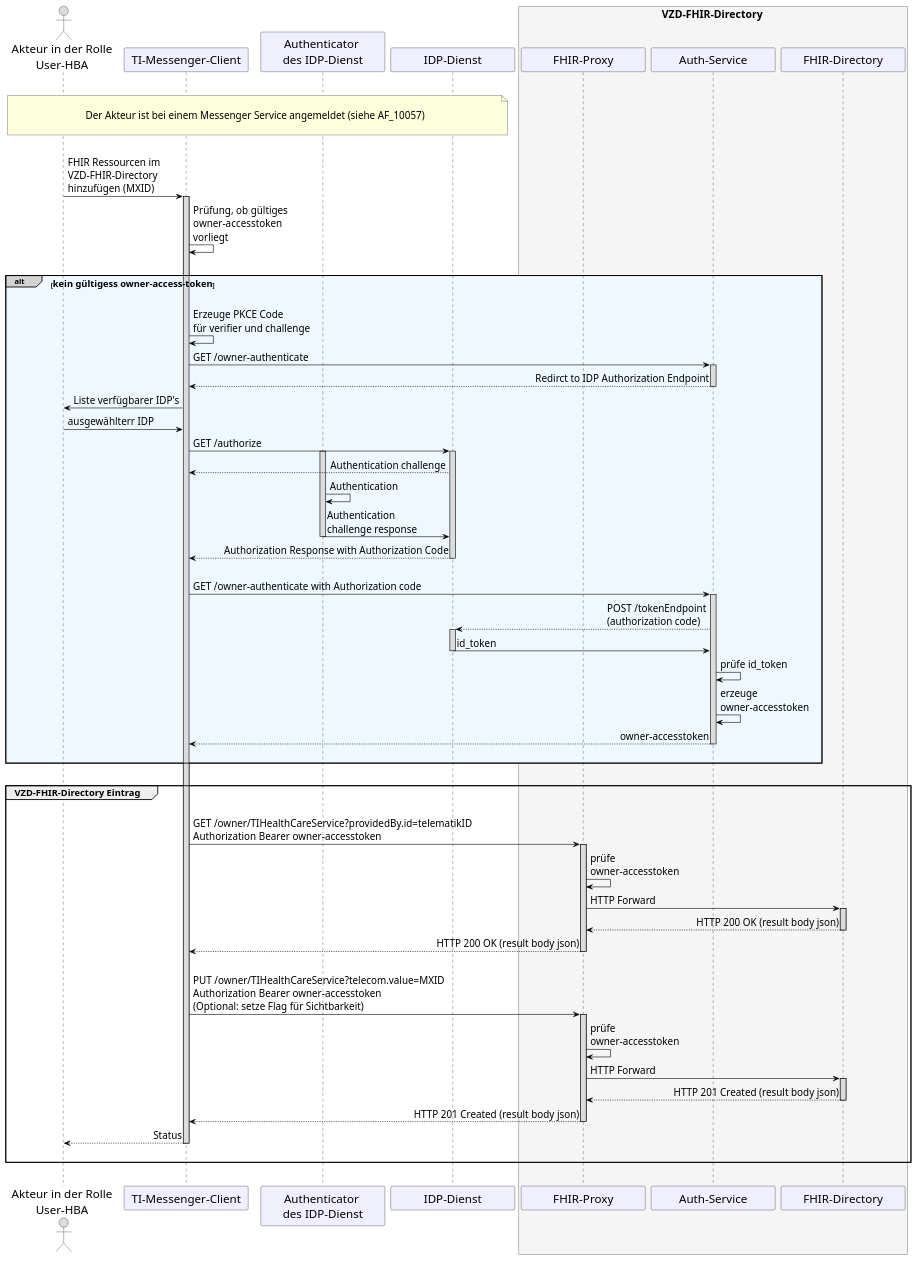
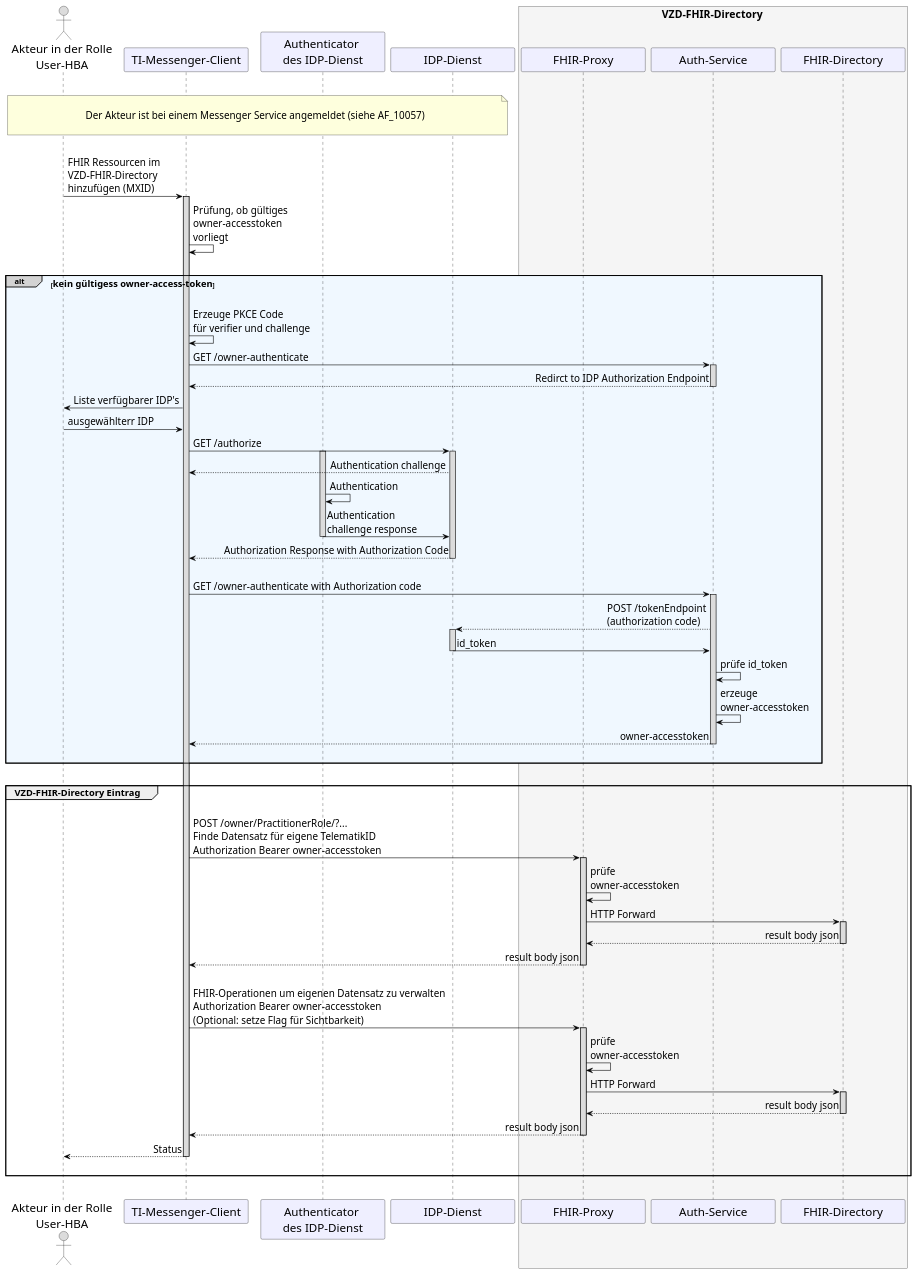
One commit to gematik/api-ti-messenger changed the diagram in src/plantuml/TI-Messenger-Dienst/Ressourcen/UC_10058_Seq.puml. Above: the diagram before and after it, drawn with PlantUML.

```diff
--- a/src/plantuml/TI-Messenger-Dienst/Ressourcen/UC_10058_Seq.puml
+++ b/src/plantuml/TI-Messenger-Dienst/Ressourcen/UC_10058_Seq.puml
@@ -9,114 +9,114 @@
 @startuml
 skinparam sequenceMessageAlign direction
 skinparam minClassWidth 200
 skinparam BoxPadding 1
 skinparam sequenceReferenceHeaderBackgroundColor palegreen
 scale max 2048 width
 
 skinparam sequence {
 ArrowColor black
 ArrowFontSize 17
 ActorBorderColor black
 LifeLineBorderColor black
 LifeLineBackgroundColor Gainsboro
 
 ParticipantBorderColor Motivation
 ParticipantBackgroundColor Motivation
 ParticipantFontName Impact
 ParticipantFontSize 20
 ParticipantFontColor black
 ParticipantBorderColor Black
 ParticipantBackgroundColor MOTIVATION
 
 ActorBackgroundColor Gainsboro
 ActorFontColor black
 ActorFontSize 20
 ActorFontName Aapex
 }
     actor U as "Akteur in der Rolle\nUser-HBA"
     participant C as "TI-Messenger-Client"
     participant A as "Authenticator \ndes IDP-Dienst"
     participant I as "IDP-Dienst" 
     box <size:18>VZD-FHIR-Directory</size> #WhiteSmoke
       participant FP as "FHIR-Proxy"
       participant Auth as "Auth-Service"
       participant VZD as "FHIR-Directory"
     end box
 
 |||
 note over U, I: \n<size:17>Der Akteur ist bei einem Messenger Service angemeldet (siehe AF_10057)</size>\n
 |||
 
 U->C: FHIR Ressourcen im \nVZD-FHIR-Directory \nhinzufügen (MXID)
   Activate C
 C->C: Prüfung, ob gültiges \nowner-accesstoken \nvorliegt
 
 |||
 alt#LightGrey #AliceBlue <size:16>kein gültigess owner-access-token</size>
 |||
 
   C->C: Erzeuge PKCE Code \nfür verifier und challenge
   C->Auth: GET /owner-authenticate
     Activate Auth
   Auth-->C: Redirct to IDP Authorization Endpoint
     Deactivate Auth
 
   C->U: Liste verfügbarer IDP's
   U->C: ausgewählterr IDP
     
   C->I: GET /authorize
     Activate A
     Activate I
   I-->C: Authentication challenge
   A->A: Authentication
   A->I: Authentication \nchallenge response
     Deactivate A
   I-->C: Authorization Response with Authorization Code
     Deactivate I
        
   |||          
   C->Auth: GET /owner-authenticate with Authorization code
     Activate Auth
   Auth-->I: POST /tokenEndpoint\n(authorization code)
     Activate I
   I->Auth: id_token
     Deactivate I
   Auth->Auth: prüfe id_token
   Auth->Auth: erzeuge \nowner-accesstoken
   Auth-->C: owner-accesstoken
     Deactivate Auth
   |||
 end
       
 |||
 
 group <size:16>VZD-FHIR-Directory Eintrag</size>
   |||
-  C->FP: GET /owner/TIHealthCareService?providedBy.id=telematikID \nAuthorization Bearer owner-accesstoken
+  C->FP: POST /owner/PractitionerRole/?... \nFinde Datensatz für eigene TelematikID \nAuthorization Bearer owner-accesstoken
     Activate FP
   FP->FP: prüfe \nowner-accesstoken
   FP->VZD: HTTP Forward
     Activate VZD
-  VZD-->FP: HTTP 200 OK (result body json)
+  VZD-->FP: result body json
     Deactivate VZD
-  FP-->C: HTTP 200 OK (result body json)
+  FP-->C: result body json
     Deactivate FP
     
   |||
-  C->FP: PUT /owner/TIHealthCareService?telecom.value=MXID \nAuthorization Bearer owner-accesstoken \n(Optional: setze Flag für Sichtbarkeit)
+  C->FP: FHIR-Operationen um eigenen Datensatz zu verwalten \nAuthorization Bearer owner-accesstoken \n(Optional: setze Flag für Sichtbarkeit)
     Activate FP
   FP->FP: prüfe \nowner-accesstoken
   FP->VZD: HTTP Forward
     Activate VZD
-  VZD-->FP: HTTP 201 Created (result body json)
+  VZD-->FP: result body json
     Deactivate VZD
-  FP-->C: HTTP 201 Created (result body json)
+  FP-->C: result body json
     Deactivate FP
   C-->U: Status    
     Deactivate C
   |||
 end
 |||
 
   Deactivate C
 @enduml
```
